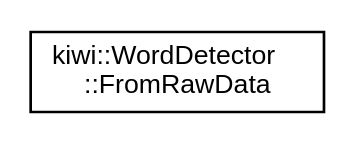
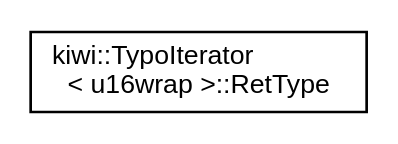
Before and after one commit to mrchypark/Kiwi: the diagram in inherit_graph_65.dot, drawn with Graphviz. The commit also changed 286 other files, not shown here.

```diff
--- a/inherit_graph_65.dot
+++ b/inherit_graph_65.dot
@@ -1,8 +1,8 @@
 digraph "Graphical Class Hierarchy"
 {
  // LATEX_PDF_SIZE
   edge [fontname="Helvetica",fontsize="10",labelfontname="Helvetica",labelfontsize="10"];
   node [fontname="Helvetica",fontsize="10",shape=record];
   rankdir="LR";
-  Node0 [label="kiwi::WordDetector\l::FromRawData",height=0.2,width=0.4,color="black", fillcolor="white", style="filled",URL="$structkiwi_1_1WordDetector_1_1FromRawData.html",tooltip=" "];
+  Node0 [label="kiwi::TypoIterator\l\< u16wrap \>::RetType",height=0.2,width=0.4,color="black", fillcolor="white", style="filled",URL="$structkiwi_1_1TypoIterator_1_1RetType.html",tooltip=" "];
 }
```
